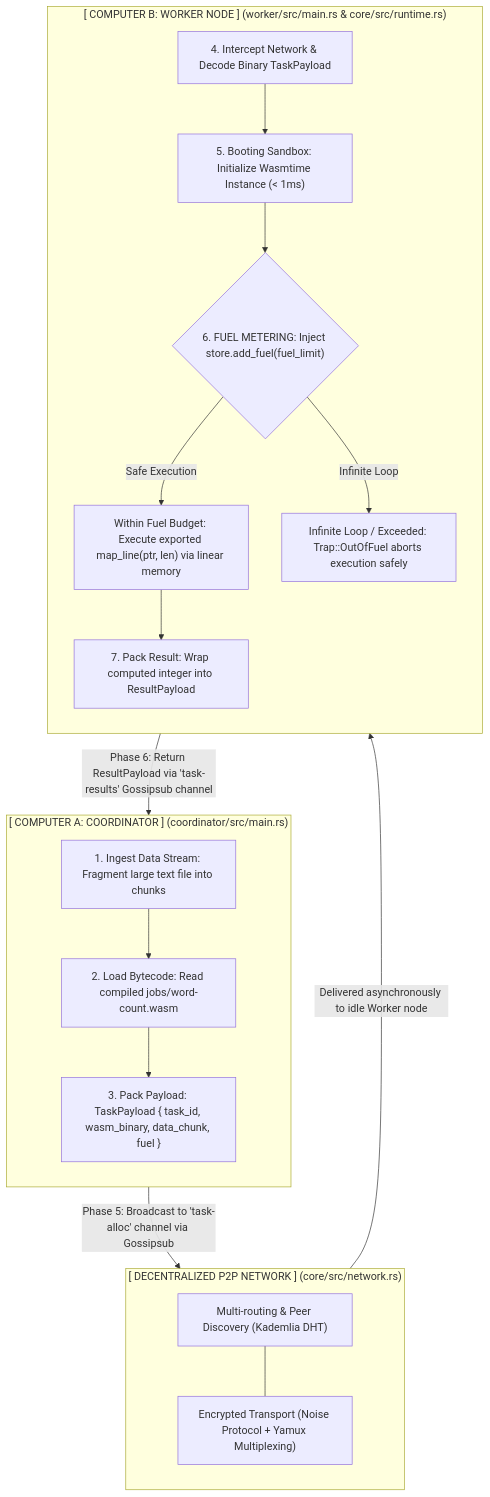
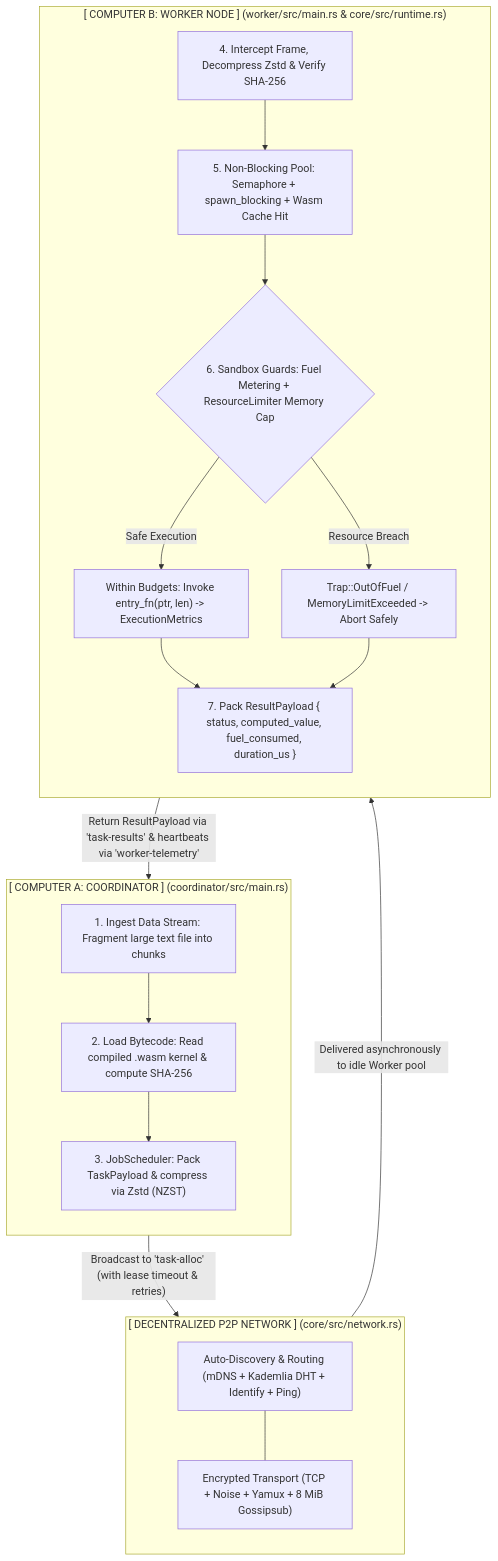
One commit to AM4517UMOR4NG/Nitro-Compute changed the first of 2 diagrams in README.md. Above: the diagram before and after it, drawn with Mermaid. The commit also changed other lines of this file, not shown here.

Commit message:
docs(readme): update README for v0.2.0 architecture, security guards, and CLI flags

````diff
--- a/README.md
+++ b/README.md
@@ -52,35 +53,35 @@
 ```mermaid
 flowchart TD
     subgraph ComputerA["[ COMPUTER A: COORDINATOR ] (coordinator/src/main.rs)"]
         direction TB
         Step1["1. Ingest Data Stream: Fragment large text file into chunks"]
-        Step2["2. Load Bytecode: Read compiled jobs/word-count.wasm"]
-        Step3["3. Pack Payload: TaskPayload { task_id, wasm_binary, data_chunk, fuel }"]
+        Step2["2. Load Bytecode: Read compiled .wasm kernel & compute SHA-256"]
+        Step3["3. JobScheduler: Pack TaskPayload & compress via Zstd (NZST)"]
         Step1 --> Step2 --> Step3
     end
 
     subgraph P2PMesh["[ DECENTRALIZED P2P NETWORK ] (core/src/network.rs)"]
         direction TB
-        MeshRouting["Multi-routing & Peer Discovery (Kademlia DHT)"]
-        MeshCrypto["Encrypted Transport (Noise Protocol + Yamux Multiplexing)"]
+        MeshRouting["Auto-Discovery & Routing (mDNS + Kademlia DHT + Identify + Ping)"]
+        MeshCrypto["Encrypted Transport (TCP + Noise + Yamux + 8 MiB Gossipsub)"]
         MeshRouting --- MeshCrypto
     end
 
     subgraph ComputerB["[ COMPUTER B: WORKER NODE ] (worker/src/main.rs & core/src/runtime.rs)"]
         direction TB
-        Step4["4. Intercept Network & Decode Binary TaskPayload"]
-        Step5["5. Booting Sandbox: Initialize Wasmtime Instance (< 1ms)"]
-        Step6{"6. FUEL METERING: Inject store.add_fuel(fuel_limit)"}
-        SafeBranch["Within Fuel Budget: Execute exported map_line(ptr, len) via linear memory"]
-        TrapBranch["Infinite Loop / Exceeded: Trap::OutOfFuel aborts execution safely"]
-        Step7["7. Pack Result: Wrap computed integer into ResultPayload"]
+        Step4["4. Intercept Frame, Decompress Zstd & Verify SHA-256"]
+        Step5["5. Non-Blocking Pool: Semaphore + spawn_blocking + Wasm Cache Hit"]
+        Step6{"6. Sandbox Guards: Fuel Metering + ResourceLimiter Memory Cap"}
+        SafeBranch["Within Budgets: Invoke entry_fn(ptr, len) -> ExecutionMetrics"]
+        TrapBranch["Trap::OutOfFuel / MemoryLimitExceeded -> Abort Safely"]
+        Step7["7. Pack ResultPayload { status, computed_value, fuel_consumed, duration_us }"]
 
         Step4 --> Step5 --> Step6
         Step6 -- "Safe Execution" --> SafeBranch --> Step7
-        Step6 -- "Infinite Loop" --> TrapBranch
+        Step6 -- "Resource Breach" --> TrapBranch --> Step7
     end
 
-    Step3 -- "Phase 5: Broadcast to 'task-alloc' channel via Gossipsub" --> P2PMesh
-    P2PMesh -- "Delivered asynchronously to idle Worker node" --> Step4
-    Step7 -- "Phase 6: Return ResultPayload via 'task-results' Gossipsub channel" --> ComputerA
+    Step3 -- "Broadcast to 'task-alloc' (with lease timeout & retries)" --> P2PMesh
+    P2PMesh -- "Delivered asynchronously to idle Worker pool" --> Step4
+    Step7 -- "Return ResultPayload via 'task-results' & heartbeats via 'worker-telemetry'" --> ComputerA
 ```
````
